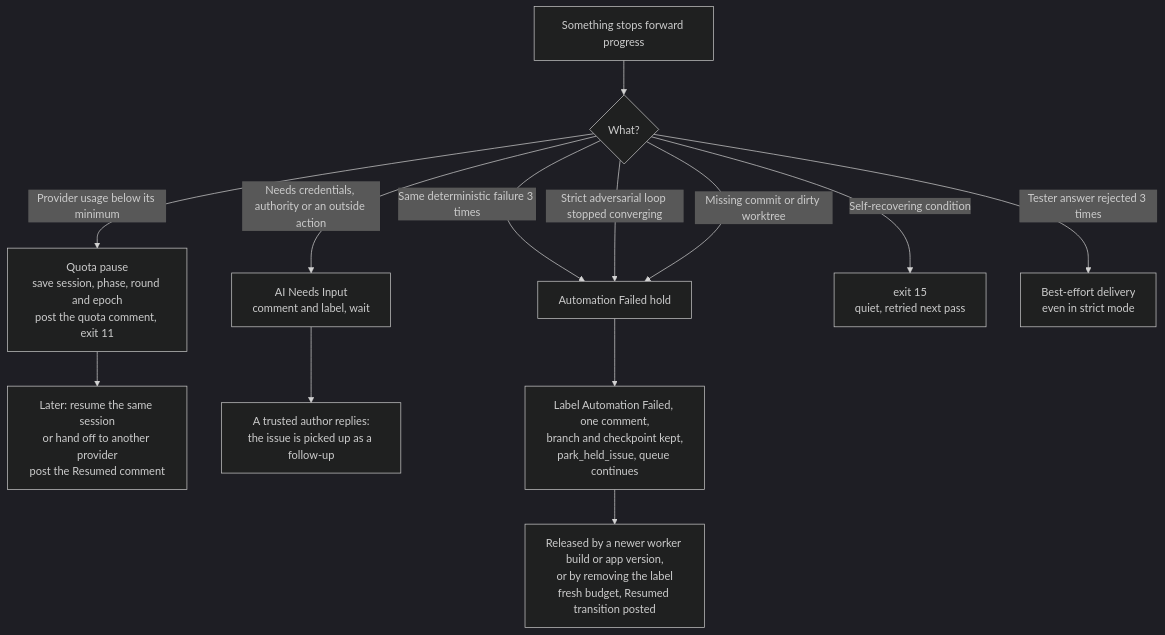
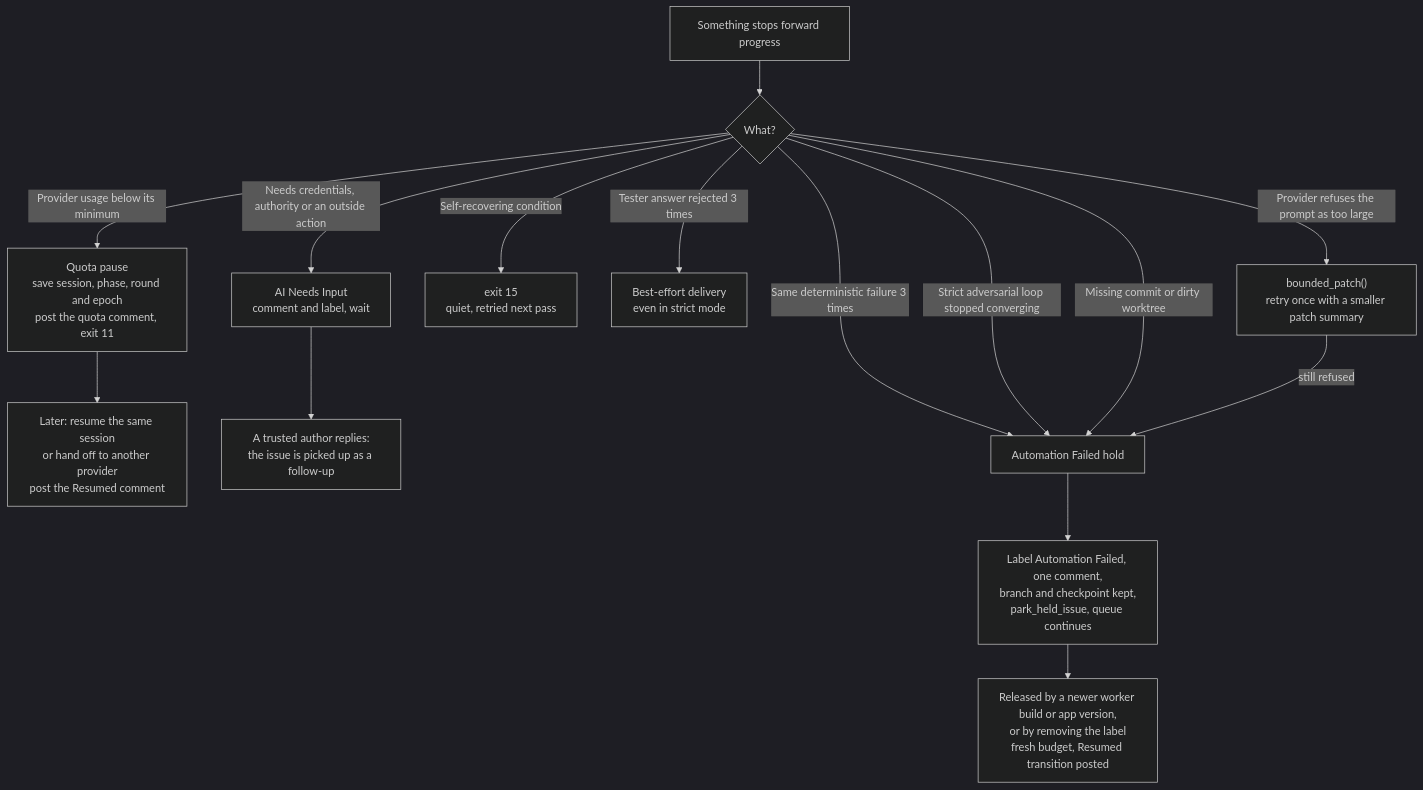
The ninth of 9 diagrams in docs/worker-flow.md (SWARM-Media-Steaming/swarm-automation), drawn with Mermaid (dark theme) before and after one commit. The commit also changed other lines of this file and 9 other files, not shown here.

````diff
--- a/docs/worker-flow.md
+++ b/docs/worker-flow.md
@@ -334,15 +335,17 @@
 ```mermaid
 flowchart TD
     A["Something stops forward progress"] --> B{"What?"}
     B -->|"Provider usage below its minimum"| Q["Quota pause<br/>save session, phase, round and epoch<br/>post the quota comment, exit 11"]
     Q --> Q1["Later: resume the same session<br/>or hand off to another provider<br/>post the Resumed comment"]
     B -->|"Needs credentials, authority or an outside action"| N["AI Needs Input<br/>comment and label, wait"]
     N --> N1["A trusted author replies:<br/>the issue is picked up as a follow-up"]
     B -->|"Same deterministic failure 3 times"| H["Automation Failed hold"]
     B -->|"Strict adversarial loop stopped converging"| H
     H --> H1["Label Automation Failed, one comment,<br/>branch and checkpoint kept,<br/>park_held_issue, queue continues"]
     H1 --> H2["Released by a newer worker build or app version,<br/>or by removing the label<br/>fresh budget, Resumed transition posted"]
     B -->|"Self-recovering condition"| RL["exit 15<br/>quiet, retried next pass"]
     B -->|"Tester answer rejected 3 times"| BE["Best-effort delivery<br/>even in strict mode"]
     B -->|"Missing commit or dirty worktree"| H
+    B -->|"Provider refuses the prompt as too large"| PL["bounded_patch()<br/>retry once with a smaller patch summary"]
+    PL -->|"still refused"| H
 ```
````
